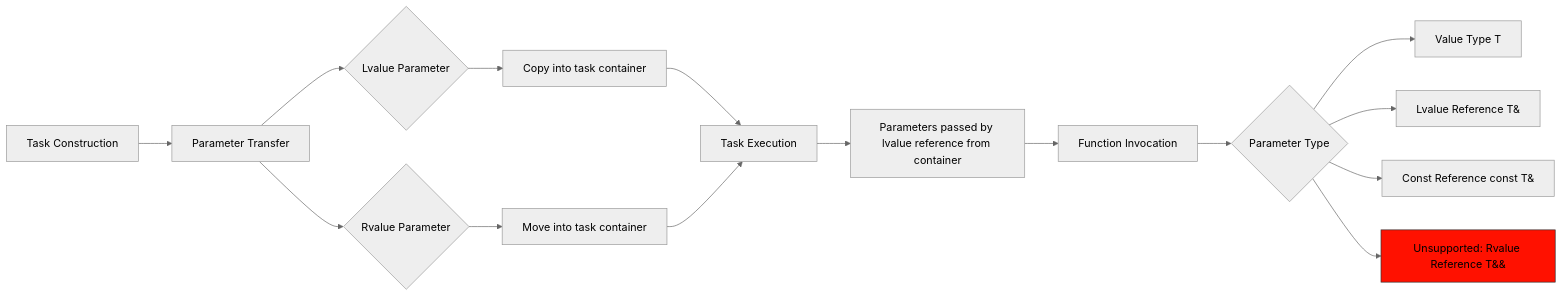
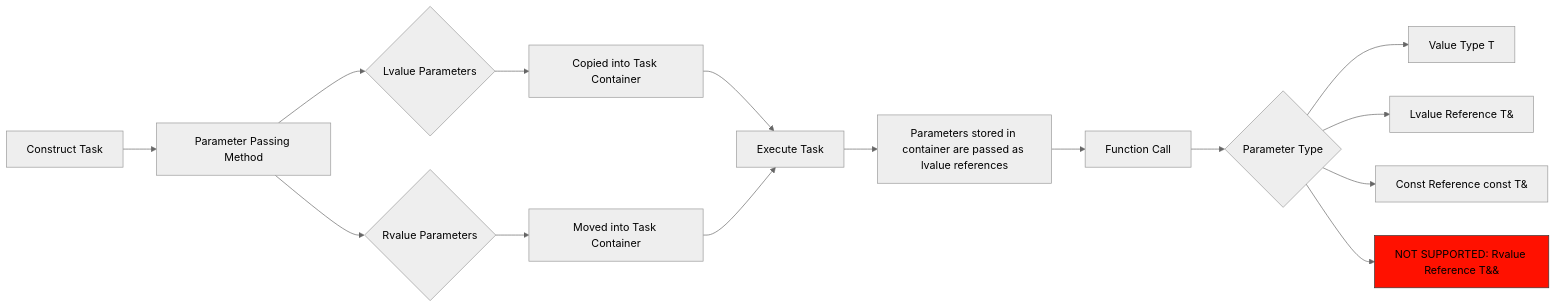
Before and after one commit to HSLL175848494/ThreadPool: the second of 2 diagrams in README.en.md, drawn with Mermaid (neutral theme). The commit also changed other lines of this file and 14 other files, not shown here.

````diff
--- a/README.en.md
+++ b/README.en.md
@@ -124,21 +101,21 @@
 ```mermaid
 graph LR
-    A[Task Construction] --> B[Parameter Transfer]
-    B --> C{Lvalue Parameter}
-    B --> D{Rvalue Parameter}
-    C --> E[Copy into task container]
-    D --> F[Move into task container]
+    A[Construct Task] --> B[Parameter Passing Method]
+    B --> C{Lvalue Parameters}
+    B --> D{Rvalue Parameters}
+    C --> E[Copied into Task Container]
+    D --> F[Moved into Task Container]
     
-    H[Task Execution]  --> I[Parameters passed by lvalue reference from container]
+    H[Execute Task] --> I[Parameters stored in container are passed as lvalue references]
     E --> H
     F --> H
     
-    I --> J[Function Invocation]
+    I --> J[Function Call]
     J --> K{Parameter Type}
     K --> L[Value Type T]
     K --> M[Lvalue Reference T&]
     K --> N[Const Reference const T&]
-    K --> O[Unsupported: Rvalue Reference T&& ]:::unsupported
+    K --> O[NOT SUPPORTED: Rvalue Reference T&&]:::unsupported
     
     classDef unsupported fill:#f10,stroke:#333
 ```
````
